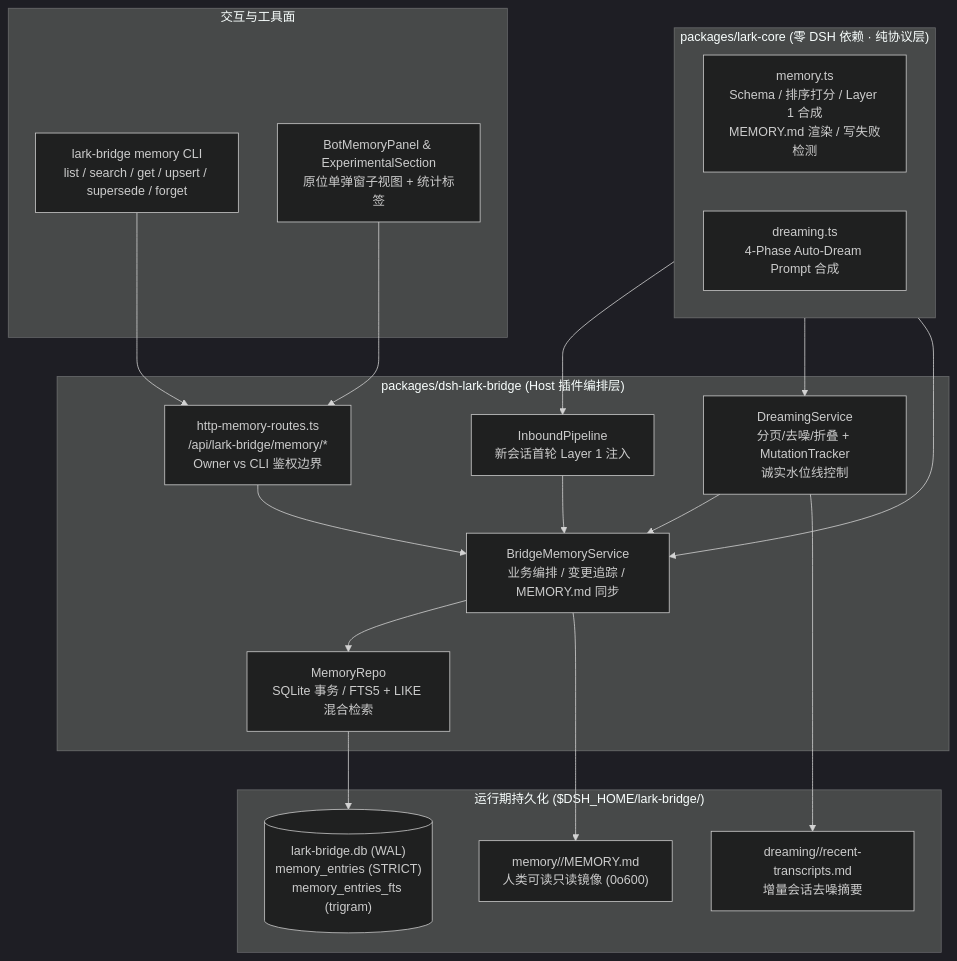
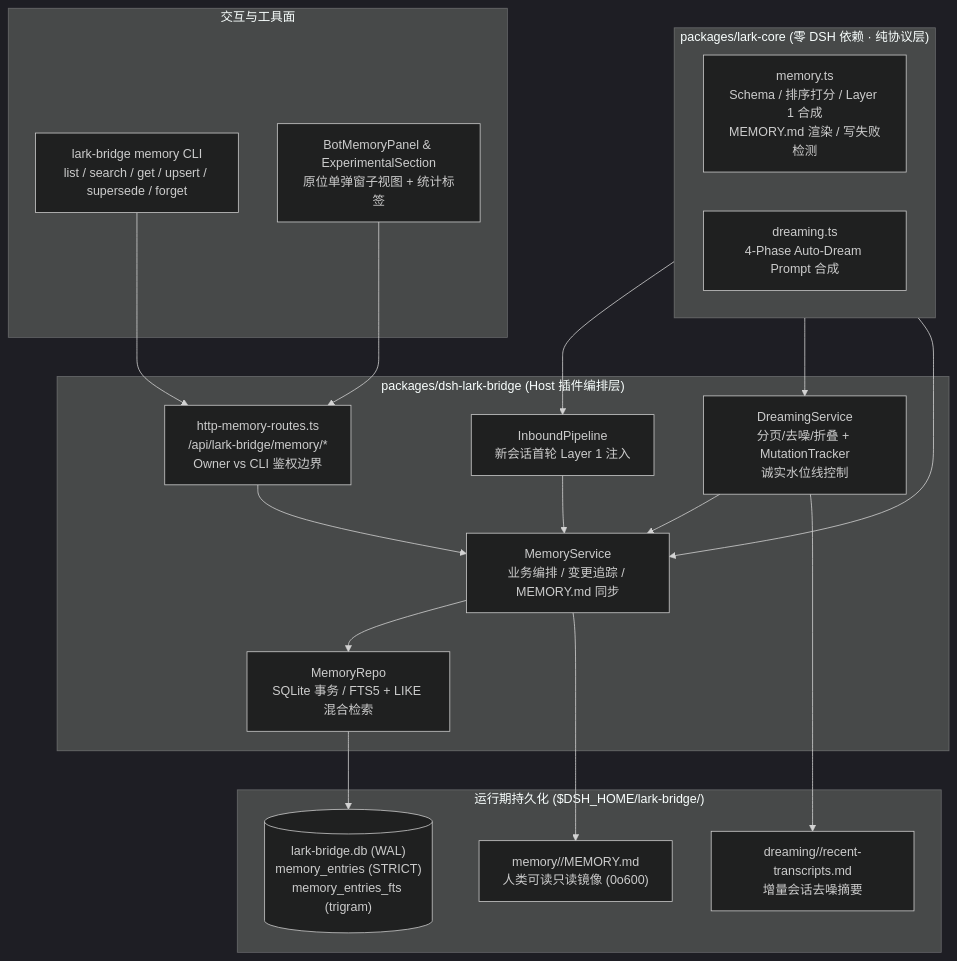
One commit to harryzhz/dsh-lark-bridge changed the first of 5 diagrams in docs/architecture/memory-and-dreaming.md. Above: the diagram before and after it, drawn with Mermaid (dark theme). The commit also changed other lines of this file and 21 other files, not shown here.

Commit message:
refactor(memory): unify naming from Bridge Memory to Memory across code, UI, and docs

````diff
--- a/docs/architecture/memory-and-dreaming.md
+++ b/docs/architecture/memory-and-dreaming.md
@@ -33,39 +33,39 @@
 ```mermaid
 flowchart TB
     subgraph Core["packages/lark-core (零 DSH 依赖 · 纯协议层)"]
         MemProto["memory.ts\nSchema / 排序打分 / Layer 1 合成\nMEMORY.md 渲染 / 写失败检测"]
         DreamProto["dreaming.ts\n4-Phase Auto-Dream Prompt 合成"]
     end
 
     subgraph Host["packages/dsh-lark-bridge (Host 插件编排层)"]
         Inbound["InboundPipeline\n新会话首轮 Layer 1 注入"]
         DreamSvc["DreamingService\n分页/去噪/折叠 + MutationTracker\n诚实水位线控制"]
-        MemSvc["BridgeMemoryService\n业务编排 / 变更追踪 / MEMORY.md 同步"]
+        MemSvc["MemoryService\n业务编排 / 变更追踪 / MEMORY.md 同步"]
         MemHttp["http-memory-routes.ts\n/api/lark-bridge/memory/*\nOwner vs CLI 鉴权边界"]
         MemRepo["MemoryRepo\nSQLite 事务 / FTS5 + LIKE 混合检索"]
     end
 
     subgraph Storage["运行期持久化 ($DSH_HOME/lark-bridge/)"]
         DB[("lark-bridge.db (WAL)\nmemory_entries (STRICT)\nmemory_entries_fts (trigram)")]
         Mirror["memory/<botId>/MEMORY.md\n人类可读只读镜像 (0o600)"]
         Digest["dreaming/<botId>/recent-transcripts.md\n增量会话去噪摘要"]
     end
 
     subgraph Surfaces["交互与工具面"]
         CLI["lark-bridge memory CLI\nlist / search / get / upsert / supersede / forget"]
         UI["BotMemoryPanel & ExperimentalSection\n原位单弹窗子视图 + 统计标签"]
     end
 
     Core --> Inbound
     Core --> DreamSvc
     Core --> MemSvc
     Inbound --> MemSvc
     DreamSvc --> MemSvc
     DreamSvc --> Digest
     MemHttp --> MemSvc
     CLI --> MemHttp
     UI --> MemHttp
     MemSvc --> MemRepo
     MemSvc --> Mirror
     MemRepo --> DB
 ```
````
